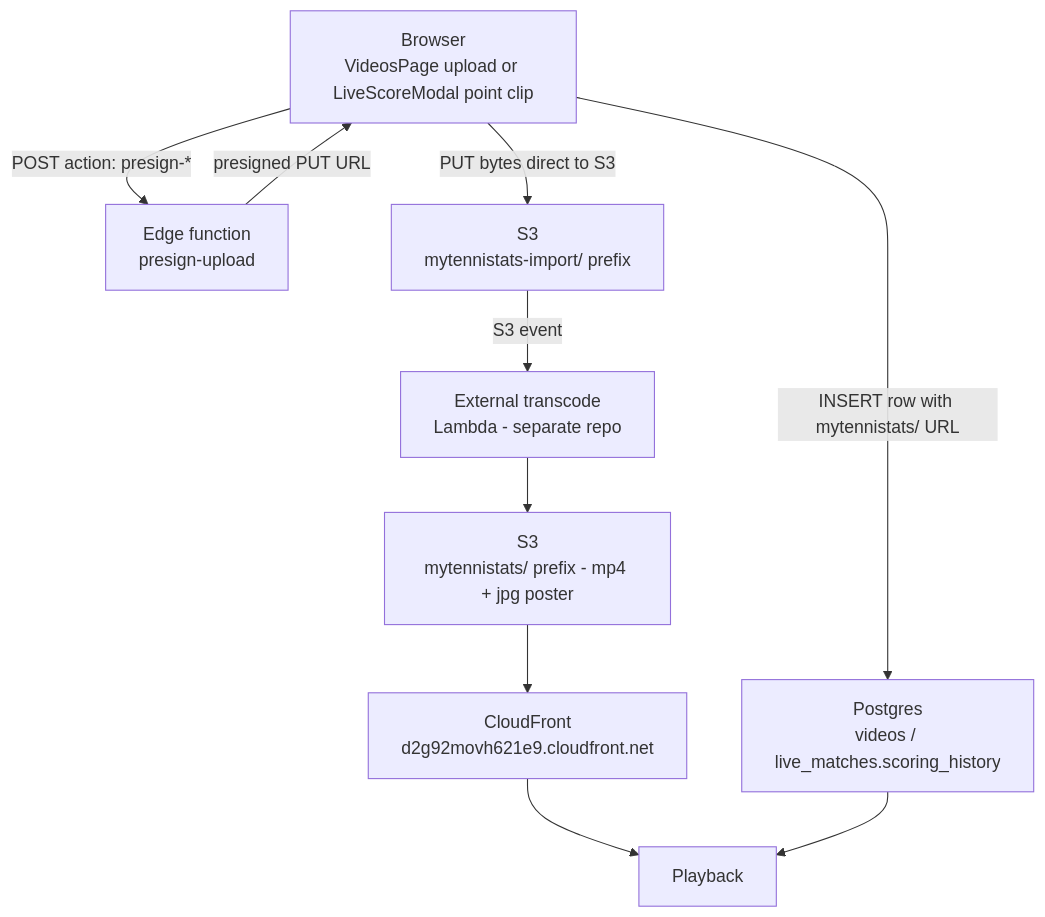
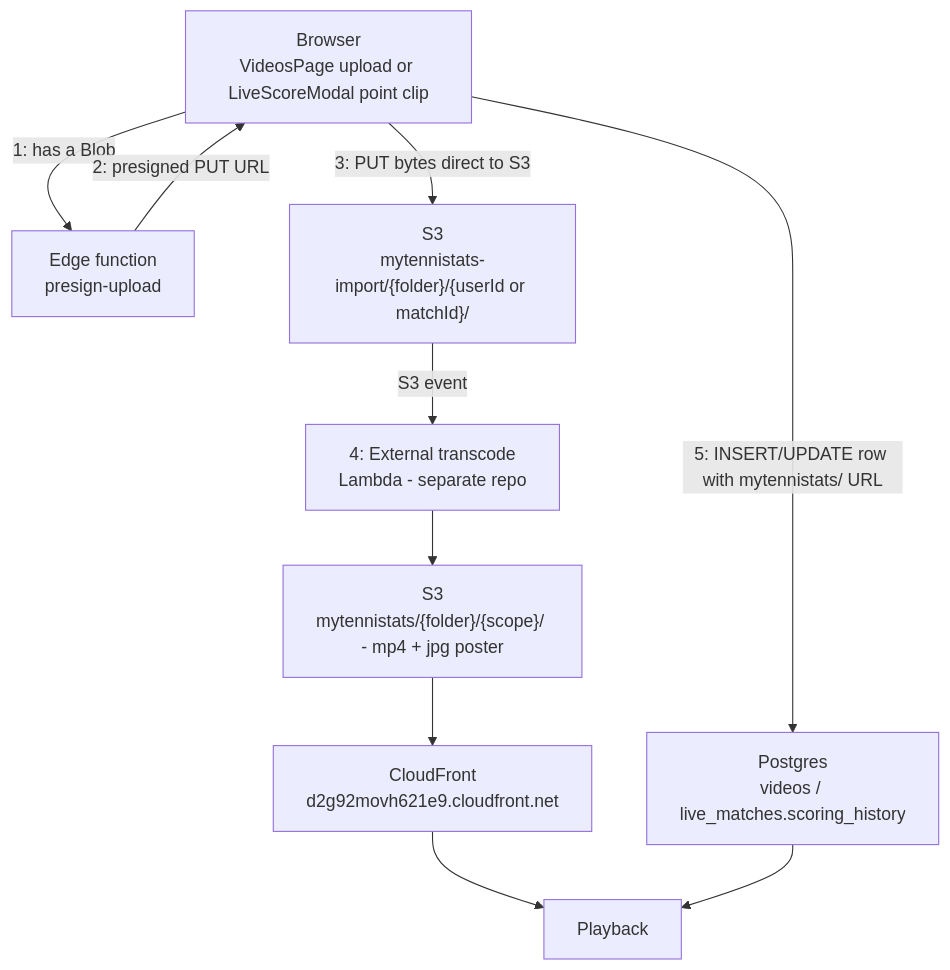
One commit to eaudor-bolt/mytennistats-prod changed the diagram in README.md. Above: the diagram before and after it, drawn with Mermaid. The commit also changed other lines of this file and 1 other file, not shown here.

````diff
--- a/README.md
+++ b/README.md
@@ -174,12 +203,12 @@
 ```mermaid
 flowchart TD
-    A["Browser<br/>VideosPage upload or LiveScoreModal point clip"] -->|"POST action: presign-*"| B["Edge function<br/>presign-upload"]
-    B -->|"presigned PUT URL"| A
-    A -->|"PUT bytes direct to S3"| C["S3<br/>mytennistats-import/ prefix"]
-    C -->|"S3 event"| D["External transcode<br/>Lambda - separate repo"]
-    D --> E["S3<br/>mytennistats/ prefix - mp4 + jpg poster"]
+    A["Browser<br/>VideosPage upload or LiveScoreModal point clip"] -->|"1: has a Blob"| B["Edge function<br/>presign-upload"]
+    B -->|"2: presigned PUT URL"| A
+    A -->|"3: PUT bytes direct to S3"| C["S3<br/>mytennistats-import/{folder}/{userId or matchId}/"]
+    C -->|"S3 event"| D["4: External transcode<br/>Lambda - separate repo"]
+    D --> E["S3<br/>mytennistats/{folder}/{scope}/ - mp4 + jpg poster"]
     E --> F["CloudFront<br/>d2g92movh621e9.cloudfront.net"]
-    A -->|"INSERT row with mytennistats/ URL"| G["Postgres<br/>videos / live_matches.scoring_history"]
+    A -->|"5: INSERT/UPDATE row with mytennistats/ URL"| G["Postgres<br/>videos / live_matches.scoring_history"]
     F --> H["Playback"]
     G --> H
 ```
````
